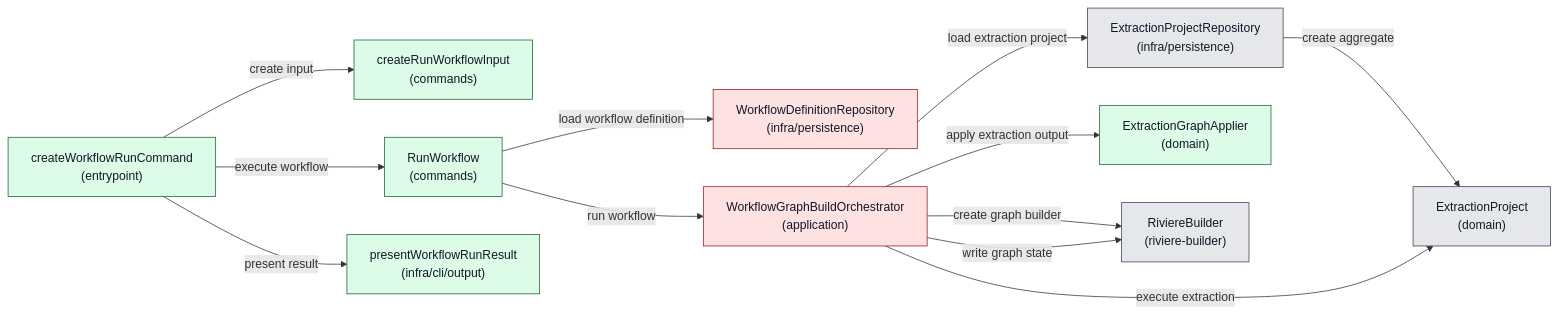
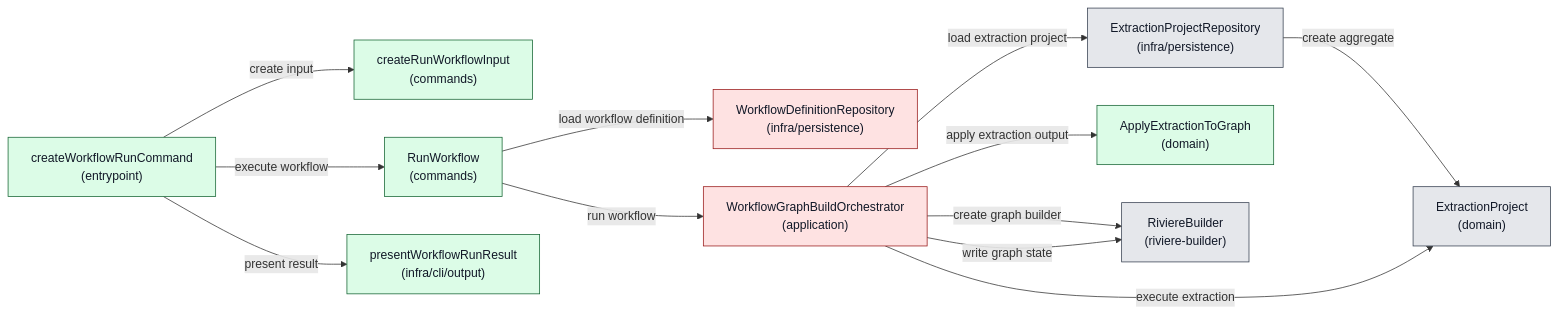
Before and after one commit to NTCoding/living-architecture: the fifth of 5 diagrams in docs/project/PRD/riviere-extraction-workflows-v1/ARCH.md, drawn with Mermaid. The commit also changed other lines of this file and 1 other file, not shown here.

````diff
--- a/docs/project/PRD/riviere-extraction-workflows-v1/ARCH.md
+++ b/docs/project/PRD/riviere-extraction-workflows-v1/ARCH.md
@@ -756,40 +825,40 @@
 ```mermaid
 flowchart LR
   entrypoint["createWorkflowRunCommand<br/>(entrypoint)"]
   inputFactory["createRunWorkflowInput<br/>(commands)"]
   useCase["RunWorkflow<br/>(commands)"]
   workflowRepository["WorkflowDefinitionRepository<br/>(infra/persistence)"]
   orchestrator["WorkflowGraphBuildOrchestrator<br/>(application)"]
   extractionRepository["ExtractionProjectRepository<br/>(infra/persistence)"]
   extractionProject["ExtractionProject<br/>(domain)"]
-  graphApplier["ExtractionGraphApplier<br/>(domain)"]
+  graphApplier["ApplyExtractionToGraph<br/>(domain)"]
   builder["RiviereBuilder<br/>(riviere-builder)"]
   formatter["presentWorkflowRunResult<br/>(infra/cli/output)"]
 
   entrypoint -->|create input| inputFactory
   entrypoint -->|execute workflow| useCase
   useCase -->|load workflow definition| workflowRepository
   useCase -->|run workflow| orchestrator
   orchestrator -->|load extraction project| extractionRepository
   extractionRepository -->|create aggregate| extractionProject
   orchestrator -->|execute extraction| extractionProject
   orchestrator -->|create graph builder| builder
   orchestrator -->|apply extraction output| graphApplier
   orchestrator -->|write graph state| builder
   entrypoint -->|present result| formatter
 
   classDef statusExisting fill:#e5e7eb,stroke:#374151,color:#111827
   classDef statusChanged fill:#fef3c7,stroke:#92400e,color:#111827
   classDef statusNew fill:#dcfce7,stroke:#166534,color:#111827
-  classDef statusOpen fill:#fee2e2,stroke:#991b1b,color:#111827
+  classDef statusRejected fill:#fee2e2,stroke:#991b1b,color:#111827
   class entrypoint statusNew
   class inputFactory statusNew
   class useCase statusNew
-  class workflowRepository statusOpen
-  class orchestrator statusOpen
+  class workflowRepository statusRejected
+  class orchestrator statusRejected
   class extractionRepository statusExisting
   class extractionProject statusExisting
   class graphApplier statusNew
   class builder statusExisting
   class formatter statusNew
 ```
````
